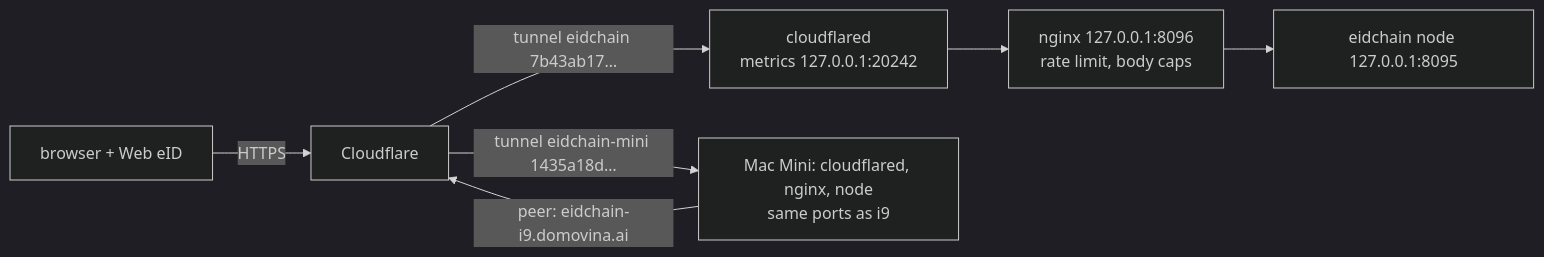
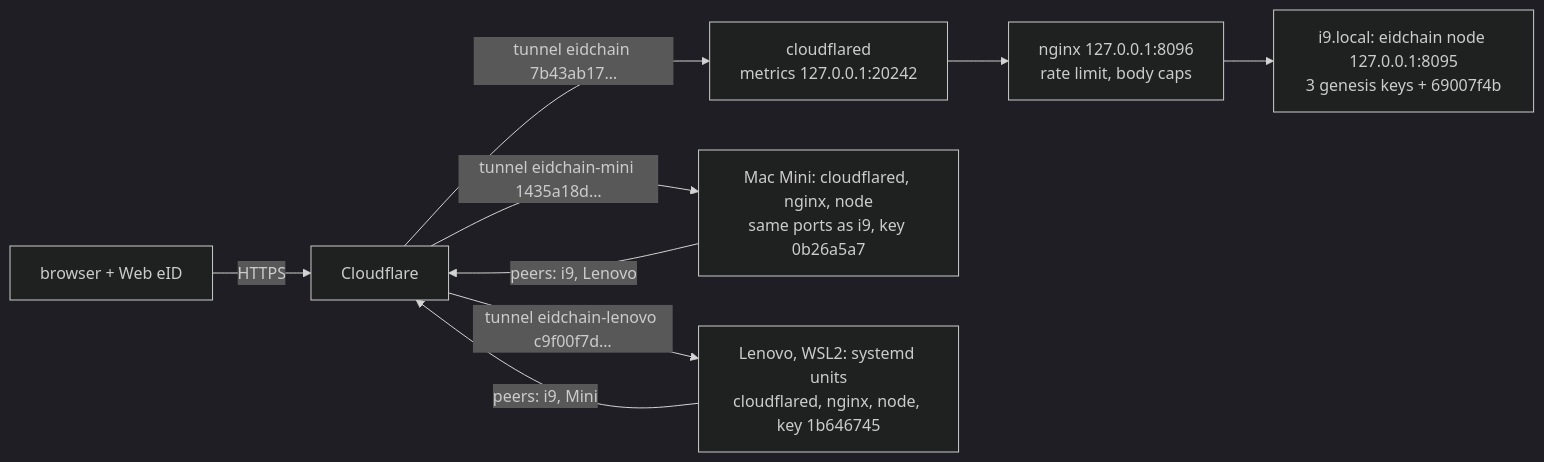
One commit to stepanic/eidchain changed the diagram in docs/2026-11-04-eidchain-domovina-and-eid-validators.md. Above: the diagram before and after it, drawn with Mermaid (dark theme). The commit also changed other lines of this file and 3 other files, not shown here.

First line of the commit message:
docs: Lenovo u WSL2 je treći javni čvor i registrirani eID validator

````diff
--- a/docs/2026-11-04-eidchain-domovina-and-eid-validators.md
+++ b/docs/2026-11-04-eidchain-domovina-and-eid-validators.md
@@ -18,9 +18,11 @@
 ```mermaid
 flowchart LR
   B[browser + Web eID] -->|HTTPS| CF[Cloudflare]
   CF -->|tunnel eidchain 7b43ab17…| CFD[cloudflared<br/>metrics 127.0.0.1:20242]
   CFD --> NG[nginx 127.0.0.1:8096<br/>rate limit, body caps]
-  NG --> N[eidchain node 127.0.0.1:8095]
-  CF -->|tunnel eidchain-mini 1435a18d…| M[Mac Mini: cloudflared, nginx, node<br/>same ports as i9]
-  M -->|peer: eidchain-i9.domovina.ai| CF
+  NG --> N[i9.local: eidchain node 127.0.0.1:8095<br/>3 genesis keys + 69007f4b]
+  CF -->|tunnel eidchain-mini 1435a18d…| M[Mac Mini: cloudflared, nginx, node<br/>same ports as i9, key 0b26a5a7]
+  CF -->|tunnel eidchain-lenovo c9f00f7d…| L[Lenovo, WSL2: systemd units<br/>cloudflared, nginx, node, key 1b646745]
+  M -->|peers: i9, Lenovo| CF
+  L -->|peers: i9, Mini| CF
 ```
````
